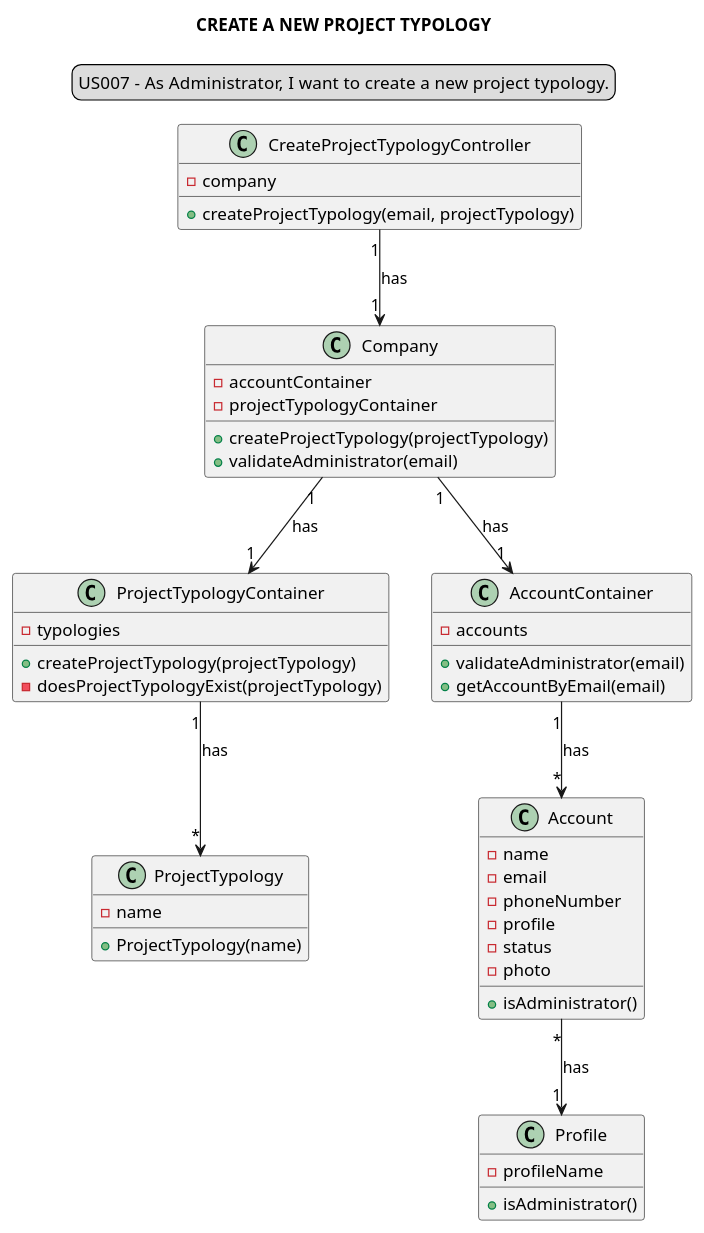
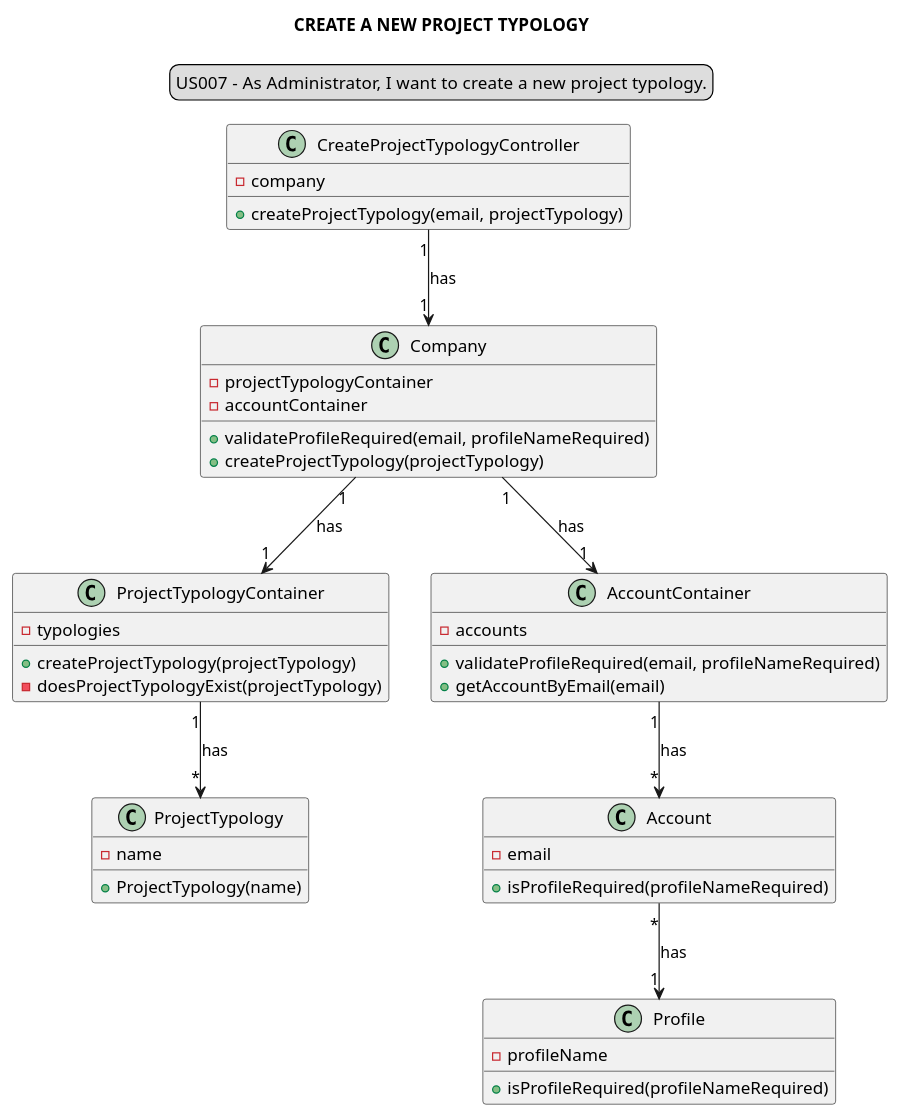
One commit to Loracline/project_switch_22-23 changed the diagram in docs/modelling_design/user_stories/sprint02/us007/US007_classDiagram.puml. Above: the diagram before and after it, drawn with PlantUML. The commit also changed 25 other files, not shown here.

Commit message:
US001,002,003,004,005,006,007,008,009,011_012_013, 014, 015, 016: Design : refinement of class Diagram

```diff
--- a/docs/modelling_design/user_stories/sprint02/us007/US007_classDiagram.puml
+++ b/docs/modelling_design/user_stories/sprint02/us007/US007_classDiagram.puml
@@ -1,57 +1,57 @@
 @startuml
 
 legend top
 US007 -  As Administrator, I want to create a new project typology.
 end legend
 skinparam sequenceMessageAlign center
 title CREATE A NEW PROJECT TYPOLOGY
 
-"CreateProjectTypologyController""1"-->"1" "Company": has
-"Company" "1"-->"1" "ProjectTypologyContainer" : has
-"Company" "1"-->"1" "AccountContainer" : has
-"ProjectTypologyContainer" "1"-->"*" "ProjectTypology" : has
-"AccountContainer" "1"-->"*" "Account" : has
-"Account" "*"-->"1" "Profile" : has
 
 class "CreateProjectTypologyController" {
 - company
 +createProjectTypology(email, projectTypology)
 }
+
 class "Company" {
+-projectTypologyContainer
 -accountContainer
--projectTypologyContainer
++validateProfileRequired(email, profileNameRequired)
 +createProjectTypology(projectTypology)
-+validateAdministrator(email)
 }
+
 class "ProjectTypologyContainer"{
 -typologies
 +createProjectTypology(projectTypology)
 -doesProjectTypologyExist(projectTypology)
 }
+
 class "AccountContainer"{
 -accounts
-+validateAdministrator(email)
++validateProfileRequired(email, profileNameRequired)
 +getAccountByEmail(email)
 }
 
 class Profile{
 -profileName
-+isAdministrator()
++isProfileRequired(profileNameRequired)
 }
 
 class "ProjectTypology"{
 -name
 +ProjectTypology(name)
 }
 
 class "Account"{
--name
 -email
--phoneNumber
--profile
--status
--photo
-+isAdministrator()
++isProfileRequired(profileNameRequired)
 }
 
+
+"CreateProjectTypologyController""1"-->"1" "Company": has
+"Company" "1"-->"1" "ProjectTypologyContainer" : has
+"Company" "1"-->"1" "AccountContainer" : has
+"ProjectTypologyContainer" "1"-->"*" "ProjectTypology" : has
+"AccountContainer" "1"-->"*" "Account" : has
+"Account" "*"-->"1" "Profile" : has
+
 @enduml
```
